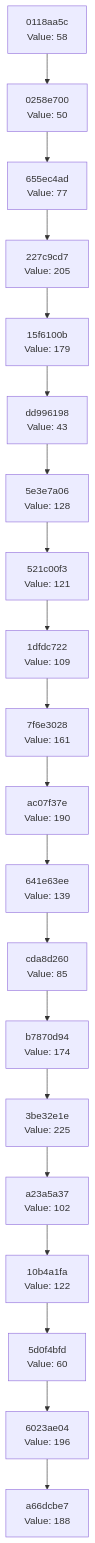
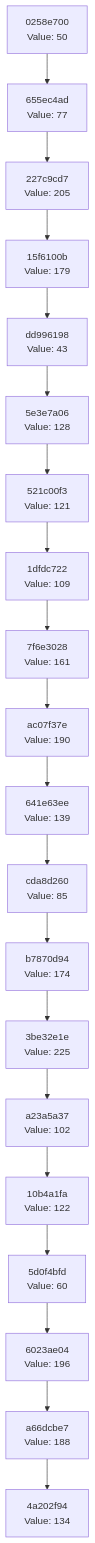
Before and after one commit to Abhisheksinha1506/hash-chain-evolver: the diagram in docs/CHAIN_VISUALIZATION.md, drawn with Mermaid. The commit also changed 2 other files, not shown here.

Commit message:
Evolution Step

````diff
--- a/docs/CHAIN_VISUALIZATION.md
+++ b/docs/CHAIN_VISUALIZATION.md
@@ -3,42 +3,42 @@
 ```mermaid
 graph TD
-    C0["a66dcbe7<br/>Value: 188"]
-    C1["6023ae04<br/>Value: 196"]
+    C0["4a202f94<br/>Value: 134"]
+    C1["a66dcbe7<br/>Value: 188"]
     C1 --> C0
-    C2["5d0f4bfd<br/>Value: 60"]
+    C2["6023ae04<br/>Value: 196"]
     C2 --> C1
-    C3["10b4a1fa<br/>Value: 122"]
+    C3["5d0f4bfd<br/>Value: 60"]
     C3 --> C2
-    C4["a23a5a37<br/>Value: 102"]
+    C4["10b4a1fa<br/>Value: 122"]
     C4 --> C3
-    C5["3be32e1e<br/>Value: 225"]
+    C5["a23a5a37<br/>Value: 102"]
     C5 --> C4
-    C6["b7870d94<br/>Value: 174"]
+    C6["3be32e1e<br/>Value: 225"]
     C6 --> C5
-    C7["cda8d260<br/>Value: 85"]
+    C7["b7870d94<br/>Value: 174"]
     C7 --> C6
-    C8["641e63ee<br/>Value: 139"]
+    C8["cda8d260<br/>Value: 85"]
     C8 --> C7
-    C9["ac07f37e<br/>Value: 190"]
+    C9["641e63ee<br/>Value: 139"]
     C9 --> C8
-    C10["7f6e3028<br/>Value: 161"]
+    C10["ac07f37e<br/>Value: 190"]
     C10 --> C9
-    C11["1dfdc722<br/>Value: 109"]
+    C11["7f6e3028<br/>Value: 161"]
     C11 --> C10
-    C12["521c00f3<br/>Value: 121"]
+    C12["1dfdc722<br/>Value: 109"]
     C12 --> C11
-    C13["5e3e7a06<br/>Value: 128"]
+    C13["521c00f3<br/>Value: 121"]
     C13 --> C12
-    C14["dd996198<br/>Value: 43"]
+    C14["5e3e7a06<br/>Value: 128"]
     C14 --> C13
-    C15["15f6100b<br/>Value: 179"]
+    C15["dd996198<br/>Value: 43"]
     C15 --> C14
-    C16["227c9cd7<br/>Value: 205"]
+    C16["15f6100b<br/>Value: 179"]
     C16 --> C15
-    C17["655ec4ad<br/>Value: 77"]
+    C17["227c9cd7<br/>Value: 205"]
     C17 --> C16
-    C18["0258e700<br/>Value: 50"]
+    C18["655ec4ad<br/>Value: 77"]
     C18 --> C17
-    C19["0118aa5c<br/>Value: 58"]
+    C19["0258e700<br/>Value: 50"]
     C19 --> C18
 ```
````
